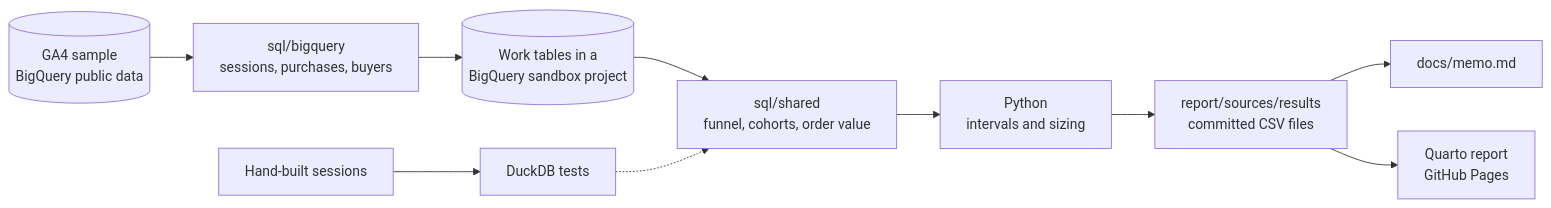
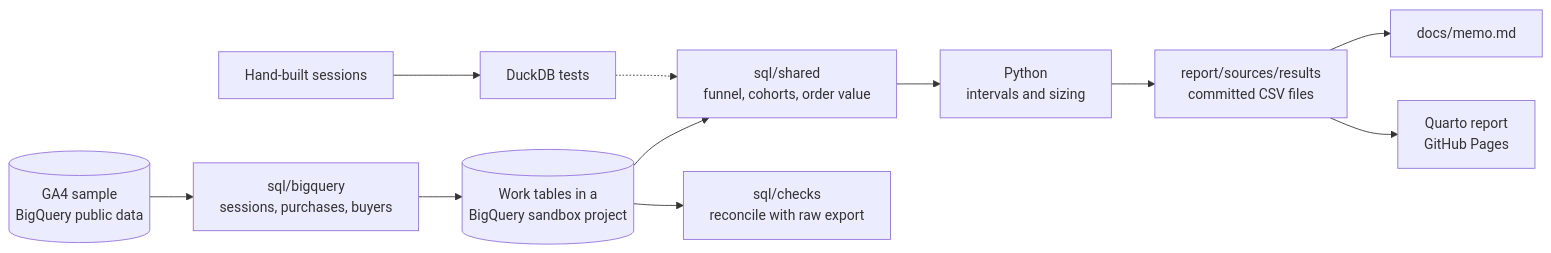
Before and after one commit to jeevallucas/p01-checkout-funnel: the diagram in README.md, drawn with Mermaid. The commit also changed other lines of this file and 8 other files, not shown here.

````diff
--- a/README.md
+++ b/README.md
@@ -38,11 +37,12 @@
 ```mermaid
 flowchart LR
     ga4[(GA4 sample<br/>BigQuery public data)] --> flat[sql/bigquery<br/>sessions, purchases, buyers]
     flat --> work[(Work tables in a<br/>BigQuery sandbox project)]
     work --> shared[sql/shared<br/>funnel, cohorts, order value]
+    work --> check[sql/checks<br/>reconcile with raw export]
     shared --> py[Python<br/>intervals and sizing]
     py --> csv[report/sources/results<br/>committed CSV files]
     csv --> memo[docs/memo.md]
     csv --> site[Quarto report<br/>GitHub Pages]
     fixtures[Hand-built sessions] --> duck[DuckDB tests] -.-> shared
 ```
````
